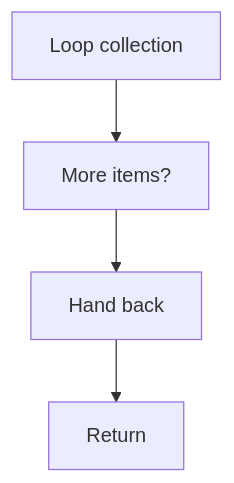
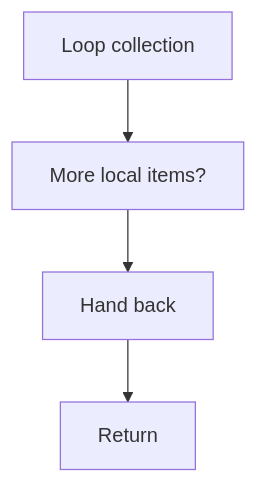
One commit to JohnAndrewBalbarosa/NeoTerritory changed the sixth of 10 diagrams in docs/Codebase/Microservice/Modules/Source/Trees/ClassGeneration/Actual/Internal/registry.cpp.md. Above: the diagram before and after it, drawn with Mermaid. The commit also changed other lines of this file and 915 other files, not shown here.

````diff
--- a/docs/Codebase/Microservice/Modules/Source/Trees/ClassGeneration/Actual/Internal/registry.cpp.md
+++ b/docs/Codebase/Microservice/Modules/Source/Trees/ClassGeneration/Actual/Internal/registry.cpp.md
@@ -191,10 +190,10 @@
 ```mermaid
 flowchart TD
     N0["Loop collection"]
-    N1["More items?"]
+    N1["More local items?"]
     N2["Hand back"]
     N3["Return"]
     N0 --> N1
     N1 --> N2
     N2 --> N3
 ```
````
